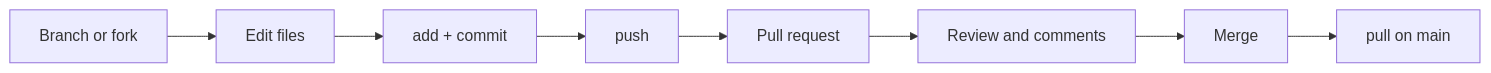
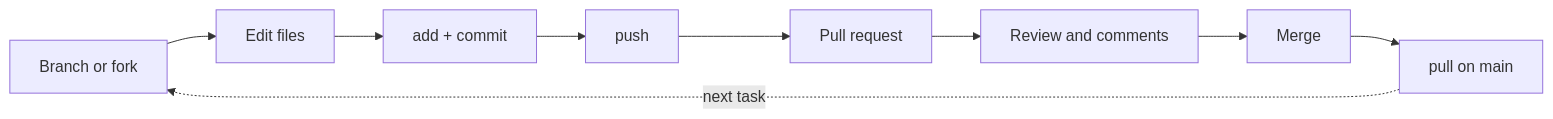
Before and after one commit to jparisu/nlp-esperantilo: the diagram in docs/github/workflow.md, drawn with Mermaid. The commit also changed other lines of this file and 8 other files, not shown here.

````diff
--- a/docs/github/workflow.md
+++ b/docs/github/workflow.md
@@ -8,10 +8,11 @@
 ```mermaid
 flowchart LR
     A[Branch or fork] --> B[Edit files]
     B --> C[add + commit]
     C --> D[push]
     D --> E[Pull request]
     E --> F[Review and comments]
     F --> G[Merge]
     G --> H[pull on main]
+    H -.->|next task| A
 ```
````
